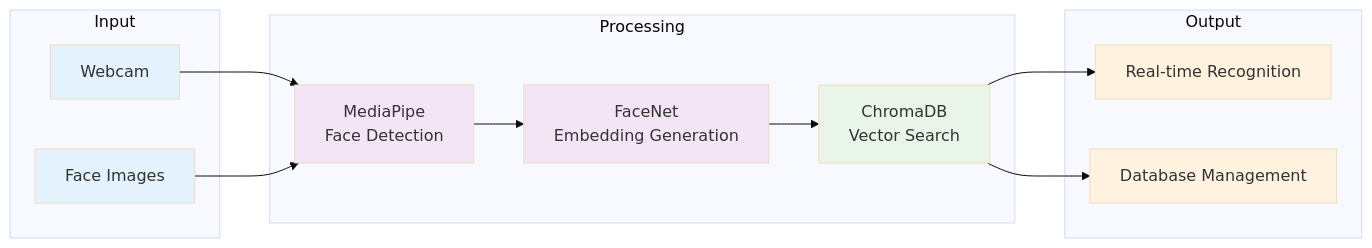
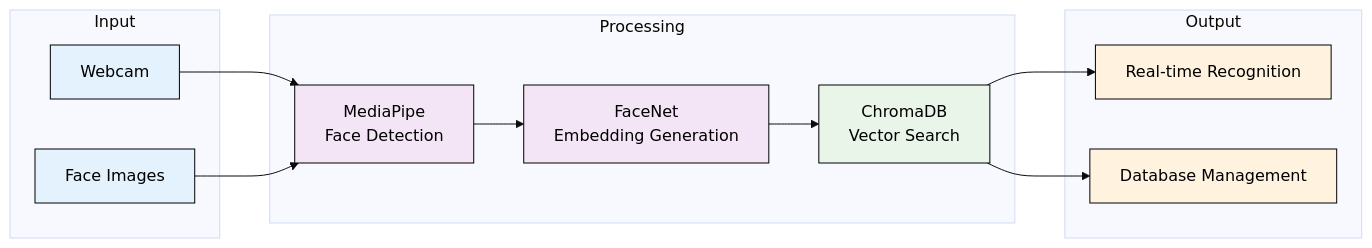
One commit to mrgehlot/facial_recognition changed the diagram in README.md. Above: the diagram before and after it, drawn with Mermaid (base theme).

Commit message:
Enhance flowchart styles in README for improved visibility and consistency

````diff
--- a/README.md
+++ b/README.md
@@ -37,33 +37,33 @@
 ```mermaid
 flowchart LR
     subgraph "Input"
         A[Webcam]
         B[Face Images]
     end
 
     subgraph "Processing"
         C[MediaPipe<br/>Face Detection]
         D[FaceNet<br/>Embedding Generation]
         E[ChromaDB<br/>Vector Search]
     end
 
     subgraph "Output"
         F[Real-time Recognition]
         G[Database Management]
     end
 
     A --> C
     B --> C
     C --> D
     D --> E
     E --> F
     E --> G
 
-    style A fill:#e3f2fd
-    style B fill:#e3f2fd
-    style C fill:#f3e5f5
-    style D fill:#f3e5f5
-    style E fill:#e8f5e8
-    style F fill:#fff3e0
-    style G fill:#fff3e0
+    style A fill:#e3f2fd,stroke:#000000,color:#000000
+    style B fill:#e3f2fd,stroke:#000000,color:#000000
+    style C fill:#f3e5f5,stroke:#000000,color:#000000
+    style D fill:#f3e5f5,stroke:#000000,color:#000000
+    style E fill:#e8f5e8,stroke:#000000,color:#000000
+    style F fill:#fff3e0,stroke:#000000,color:#000000
+    style G fill:#fff3e0,stroke:#000000,color:#000000
 ```
````
